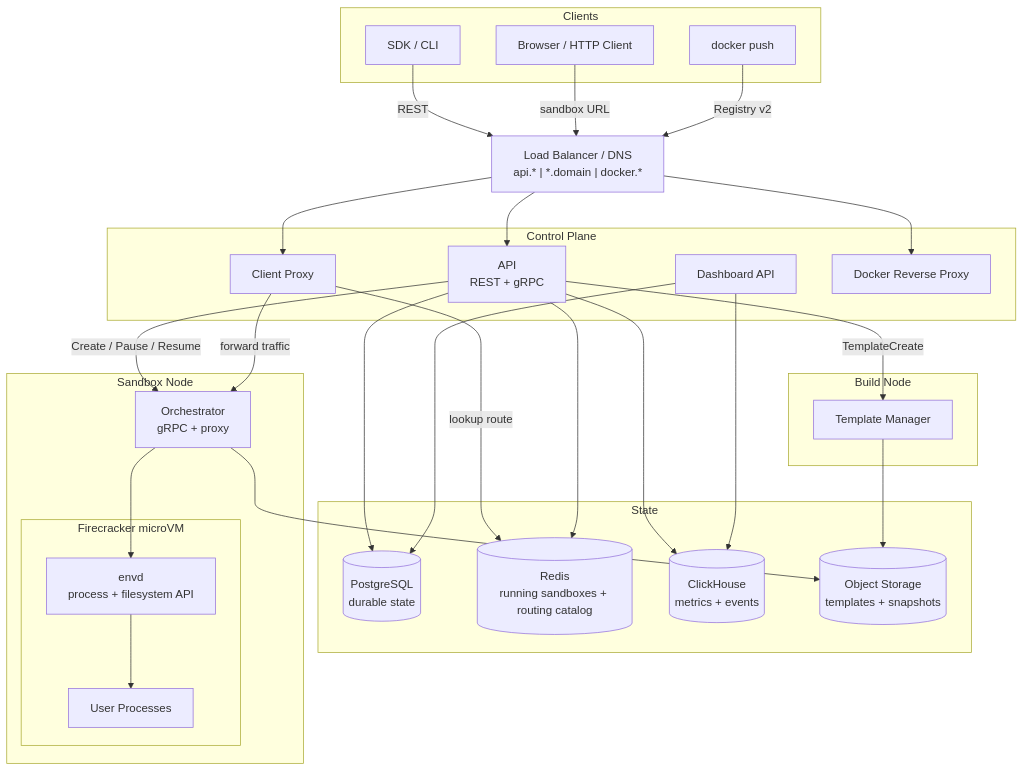
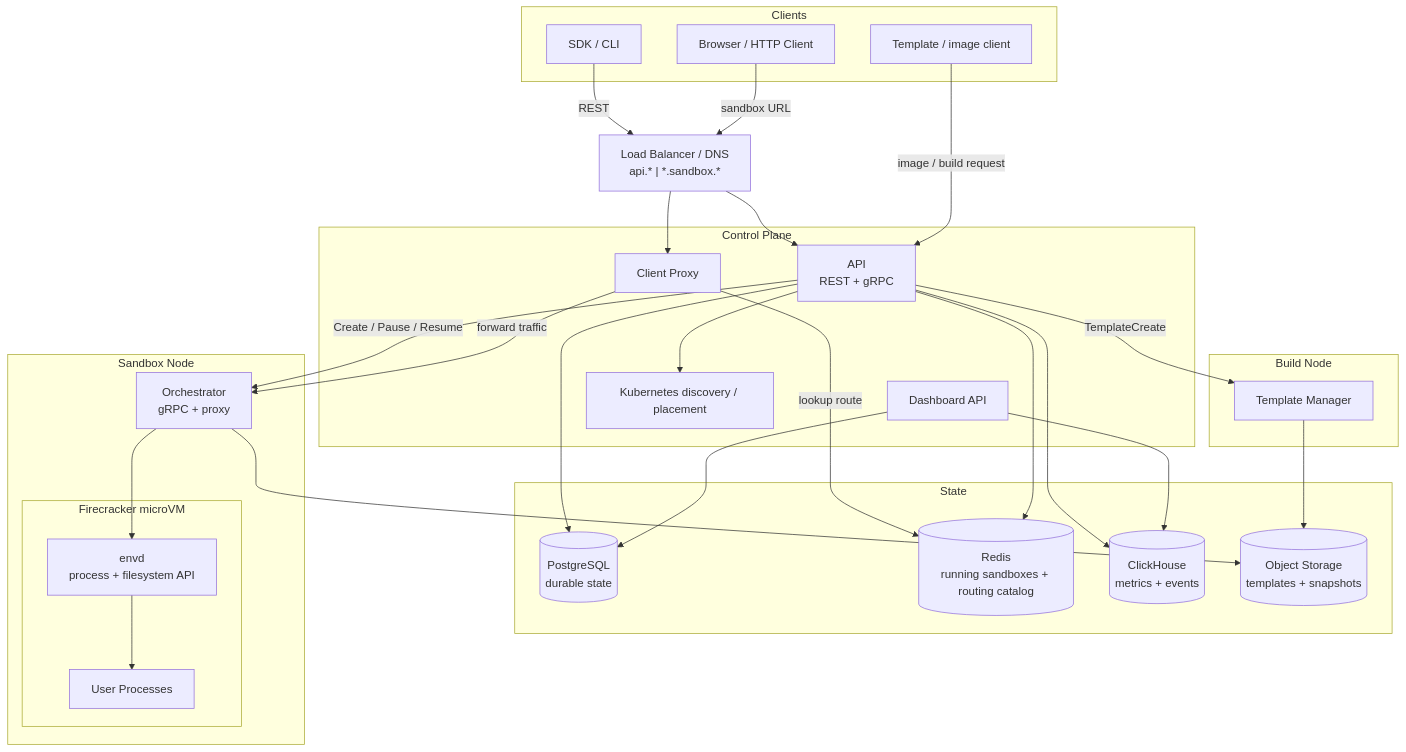
Before and after one commit to kebyn/AI-Infrastructure: the first of 8 diagrams in E2B-Deep-Dive.md, drawn with Mermaid. The commit also changed other lines of this file and 2 other files, not shown here.

Commit message:
docs: refresh sandbox access and collaboration baselines

````diff
--- a/E2B-Deep-Dive.md
+++ b/E2B-Deep-Dive.md
@@ -82,52 +82,53 @@
 ```mermaid
 flowchart TB
     subgraph Clients["Clients"]
         SDK["SDK / CLI"]
         Browser["Browser / HTTP Client"]
-        Docker["docker push"]
+        Builder["Template / image client"]
     end
 
-    LB["Load Balancer / DNS<br/>api.* | *.domain | docker.*"]
+    LB["Load Balancer / DNS<br/>api.* | *.sandbox.*"]
 
     subgraph Control["Control Plane"]
         API["API<br/>REST + gRPC"]
         DashAPI["Dashboard API"]
         CP["Client Proxy"]
-        DRP["Docker Reverse Proxy"]
+        K8S["Kubernetes discovery / placement"]
     end
 
     subgraph State["State"]
         PG[("PostgreSQL<br/>durable state")]
         RD[("Redis<br/>running sandboxes + routing catalog")]
         CH[("ClickHouse<br/>metrics + events")]
         OS[("Object Storage<br/>templates + snapshots")]
     end
 
     subgraph Node["Sandbox Node"]
         ORCH["Orchestrator<br/>gRPC + proxy"]
         subgraph VM["Firecracker microVM"]
             ENVD["envd<br/>process + filesystem API"]
             PROC["User Processes"]
         end
     end
 
     subgraph Build["Build Node"]
         TM["Template Manager"]
     end
 
     SDK -->|REST| LB --> API
     Browser -->|sandbox URL| LB --> CP
-    Docker -->|Registry v2| LB --> DRP
+    Builder -->|image / build request| API
     API -->|Create / Pause / Resume| ORCH
     API -->|TemplateCreate| TM
     CP -->|lookup route| RD
     CP -->|forward traffic| ORCH
     ORCH --> ENVD --> PROC
     API --> PG
     API --> RD
     API --> CH
+    API --> K8S
     ORCH --> OS
     TM --> OS
     DashAPI --> PG
     DashAPI --> CH
 ```
````
